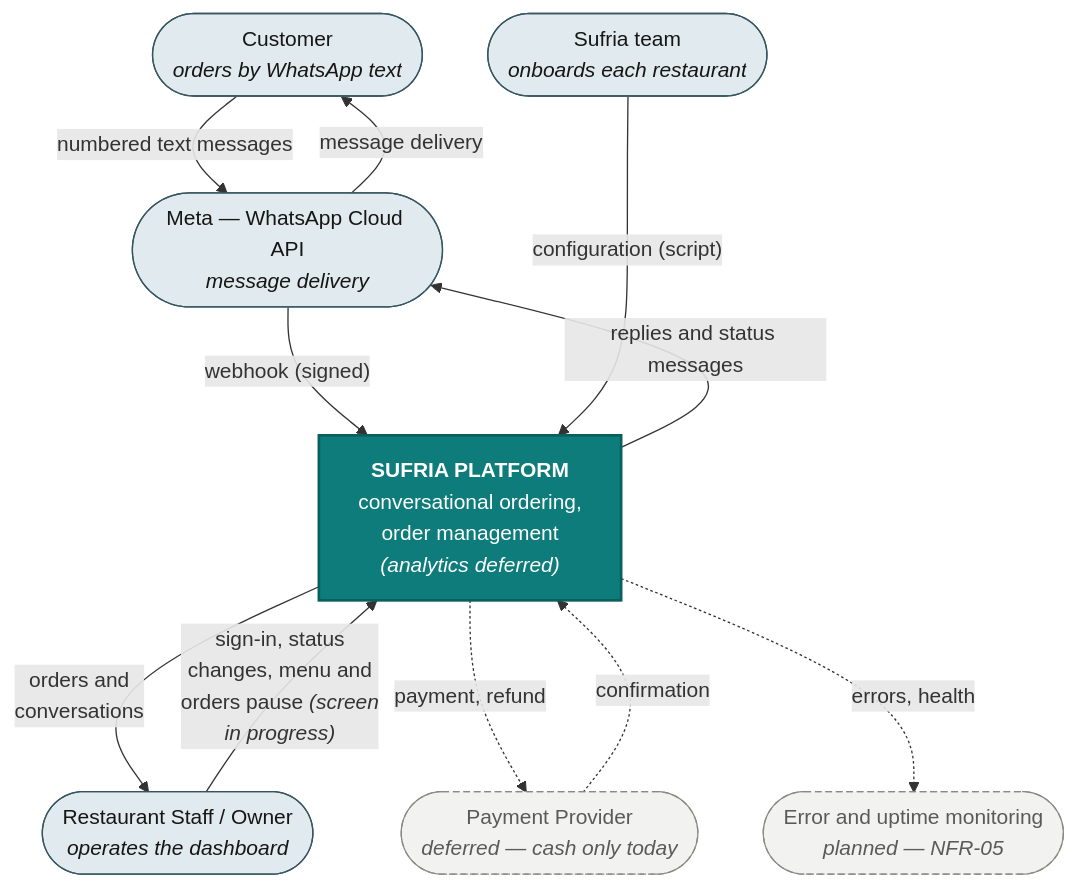
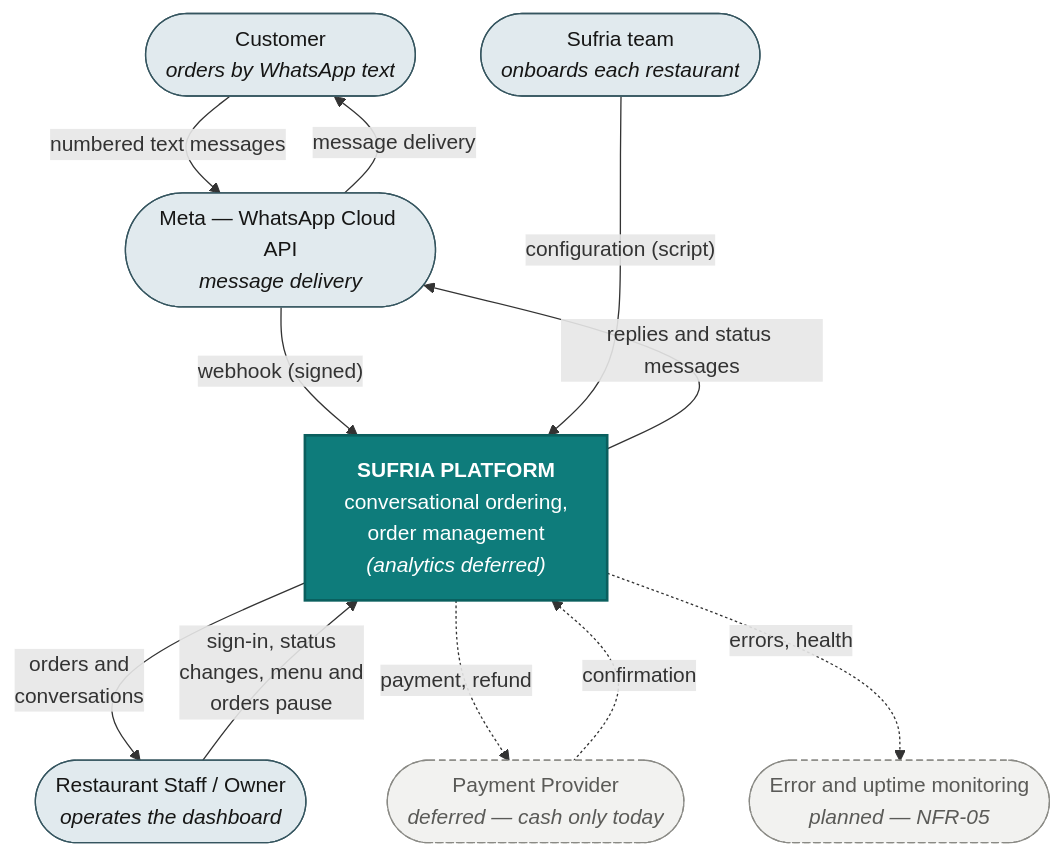
The diagram in docs/diagrams/02-context.mmd (mhmdd137/sufria), drawn with Mermaid before and after one commit. The commit also changed 14 other files, not shown here.

```diff
--- a/docs/diagrams/02-context.mmd
+++ b/docs/diagrams/02-context.mmd
@@ -1,27 +1,27 @@
 flowchart TB
     classDef ext fill:#E1EAEE,stroke:#35555F,stroke-width:1px,color:#161615
     classDef sys fill:#0E7C7B,stroke:#0A5F5E,stroke-width:2px,color:#FFFFFF
     classDef defer fill:#F2F2F0,stroke:#8A8A85,stroke-width:1px,stroke-dasharray:5 3,color:#5A5A57
 
     CUST(["Customer<br/><i>orders by WhatsApp text</i>"]):::ext
     STAFF(["Restaurant Staff / Owner<br/><i>operates the dashboard</i>"]):::ext
     TEAM(["Sufria team<br/><i>onboards each restaurant</i>"]):::ext
     META(["Meta — WhatsApp Cloud API<br/><i>message delivery</i>"]):::ext
     PAY(["Payment Provider<br/><i>deferred — cash only today</i>"]):::defer
     MON(["Error and uptime monitoring<br/><i>planned — NFR-05</i>"]):::defer
 
     SUFRIA["<b>SUFRIA PLATFORM</b><br/>conversational ordering,<br/>order management<br/><i>(analytics deferred)</i>"]:::sys
 
     CUST -- "numbered text messages" --> META
     META -- "webhook (signed)" --> SUFRIA
     SUFRIA -- "replies and status messages" --> META
     META -- "message delivery" --> CUST
 
-    STAFF -- "sign-in, status<br/>changes, menu and<br/>orders pause <i>(screen<br/>in progress)</i>" --> SUFRIA
+    STAFF -- "sign-in, status<br/>changes, menu and<br/>orders pause" --> SUFRIA
     SUFRIA -- "orders and<br/>conversations" --> STAFF
     TEAM -- "configuration (script)" ---> SUFRIA
 
     SUFRIA -. "payment, refund" .-> PAY
     PAY -. "confirmation" .-> SUFRIA
 
     SUFRIA -. "errors, health" .-> MON
```
